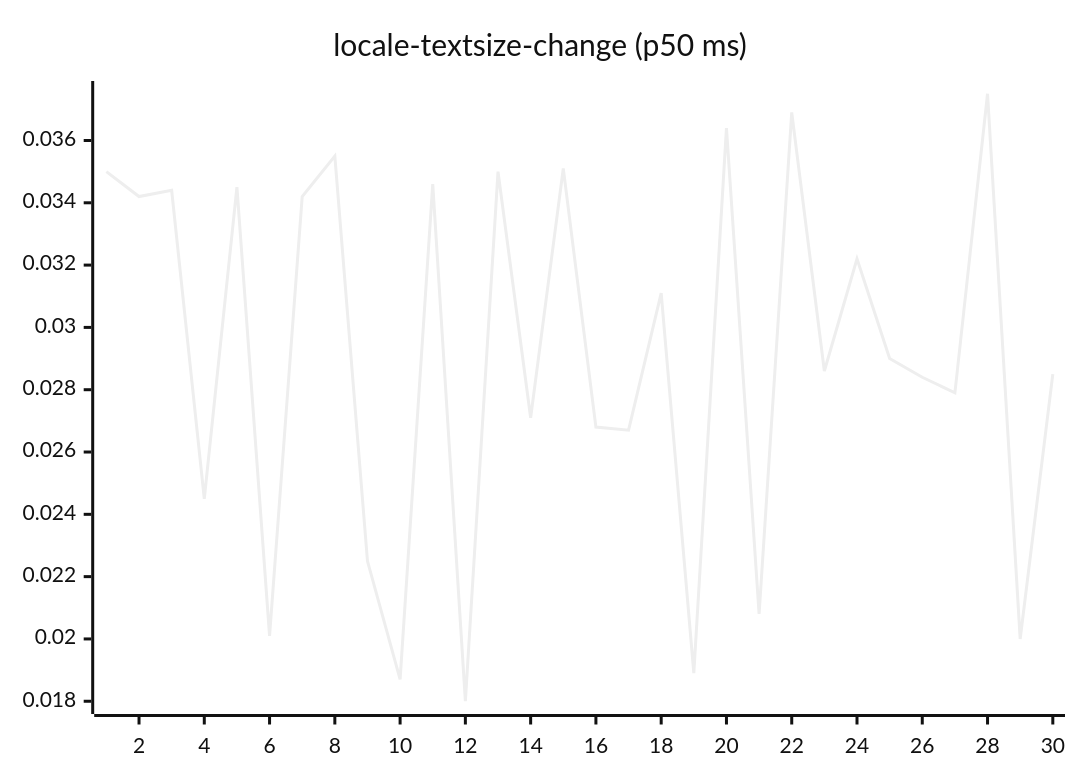
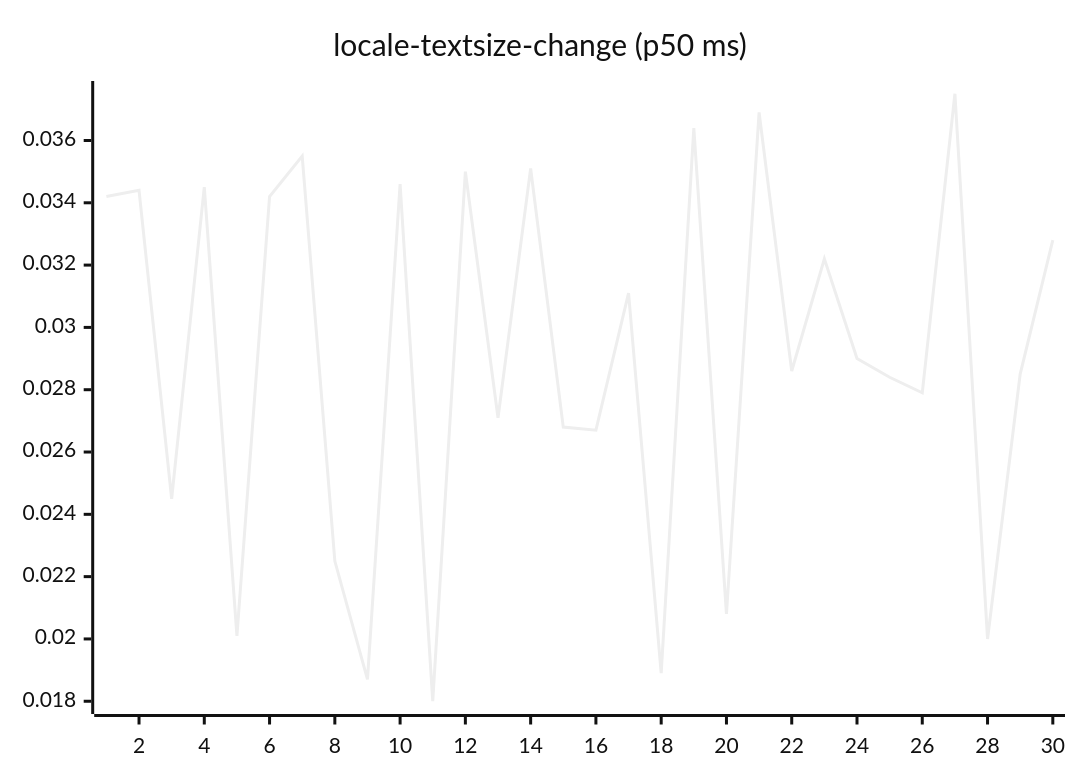
Diagram 13 of 27 in README.md (josha/Facet), drawn with Mermaid (neutral theme) before and after one commit. The commit also changed other lines of this file and 2 other files, not shown here.

````diff
--- a/README.md
+++ b/README.md
@@ -147,6 +147,6 @@
 ```mermaid
 xychart-beta
     title "locale-textsize-change (p50 ms)"
     x-axis 1 --> 30
-    line [0.0350, 0.0342, 0.0344, 0.0245, 0.0345, 0.0201, 0.0342, 0.0355, 0.0225, 0.0187, 0.0346, 0.0180, 0.0350, 0.0271, 0.0351, 0.0268, 0.0267, 0.0311, 0.0189, 0.0364, 0.0208, 0.0369, 0.0286, 0.0322, 0.0290, 0.0284, 0.0279, 0.0375, 0.0200, 0.0285]
+    line [0.0342, 0.0344, 0.0245, 0.0345, 0.0201, 0.0342, 0.0355, 0.0225, 0.0187, 0.0346, 0.0180, 0.0350, 0.0271, 0.0351, 0.0268, 0.0267, 0.0311, 0.0189, 0.0364, 0.0208, 0.0369, 0.0286, 0.0322, 0.0290, 0.0284, 0.0279, 0.0375, 0.0200, 0.0285, 0.0328]
 ```
````
